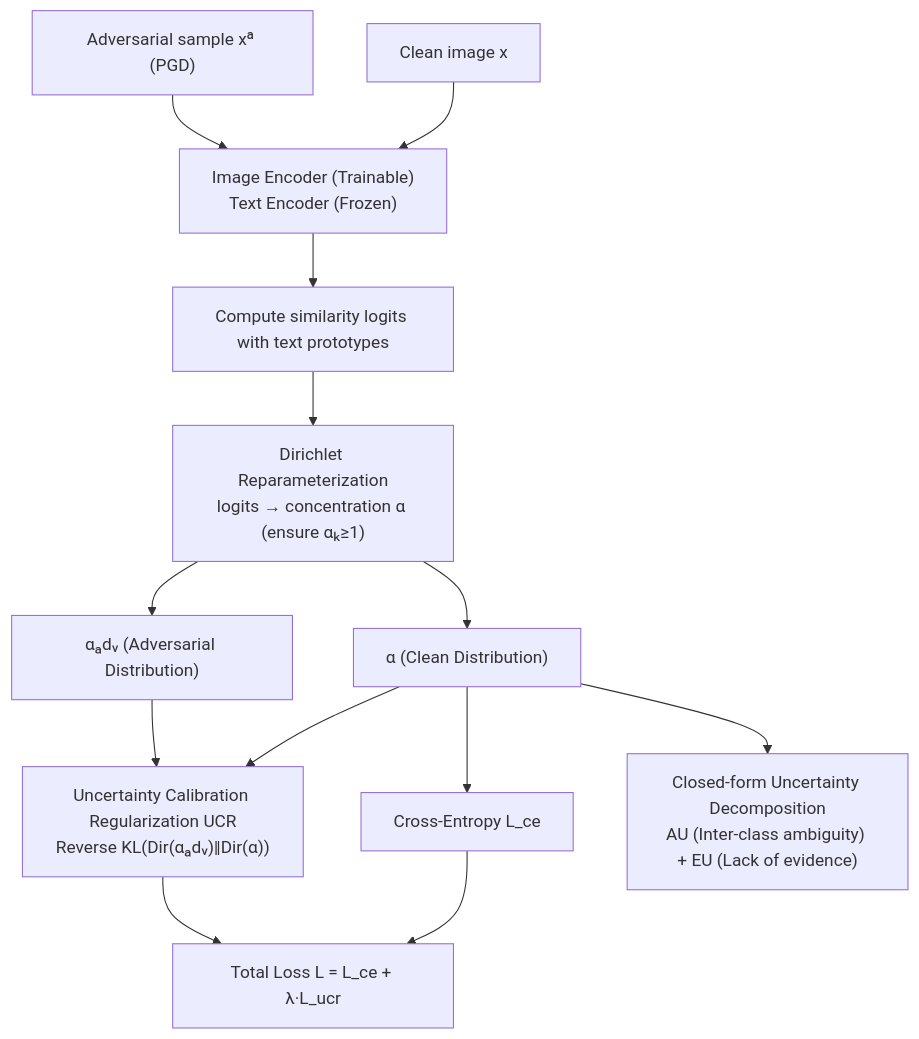
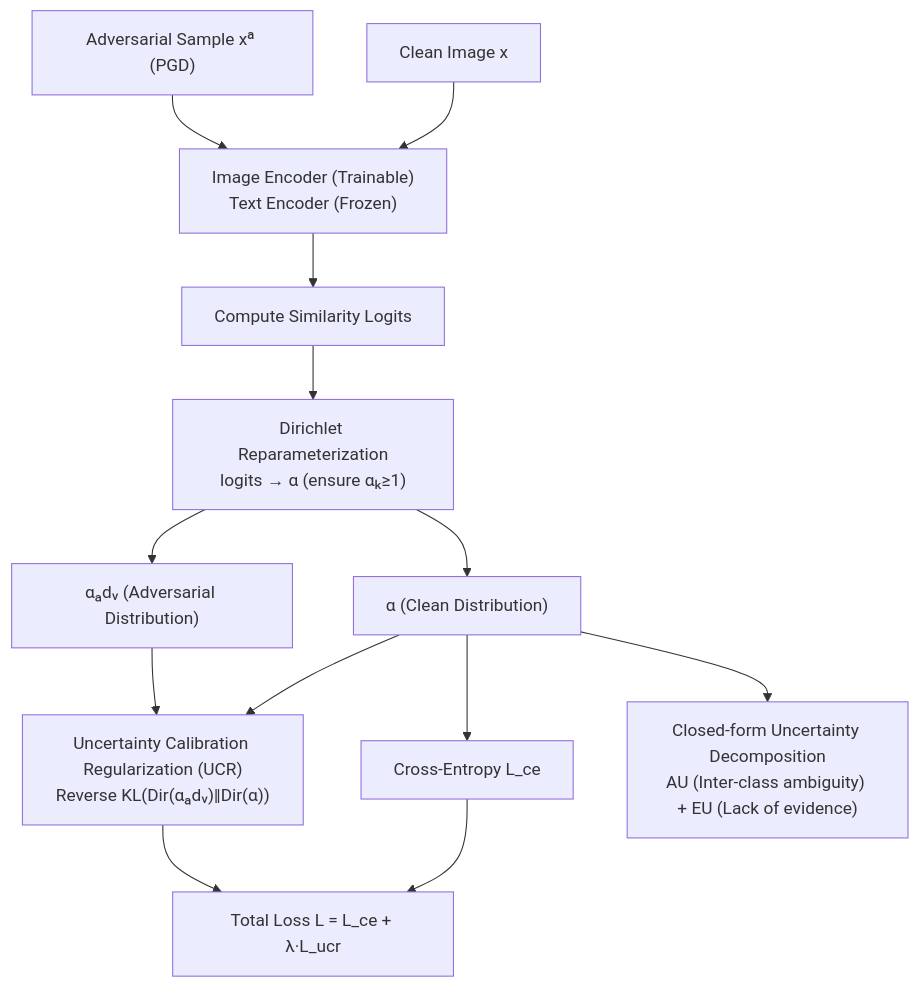
Before and after one commit to zhaoyang97/Paper-Notes-en: the diagram in docs/ICML2026/ai_safety/calibrating_uncertainty_for_zero-shot_adversarial_clip.md, drawn with Mermaid. The commit also changed other lines of this file and 5084 other files, not shown here.

````diff
--- a/docs/ICML2026/ai_safety/calibrating_uncertainty_for_zero-shot_adversarial_clip.md
+++ b/docs/ICML2026/ai_safety/calibrating_uncertainty_for_zero-shot_adversarial_clip.md
@@ -45,15 +45,15 @@
 ```mermaid
 graph TD
-    X["Clean image x"] --> ENC["Image Encoder (Trainable)<br/>Text Encoder (Frozen)"]
-    XA["Adversarial sample xᵃ (PGD)"] --> ENC
-    ENC --> L["Compute similarity logits with text prototypes"]
-    L --> DIR["Dirichlet Reparameterization<br/>logits → concentration α (ensure αₖ≥1)"]
+    X["Clean Image x"] --> ENC["Image Encoder (Trainable)<br/>Text Encoder (Frozen)"]
+    XA["Adversarial Sample xᵃ (PGD)"] --> ENC
+    ENC --> L["Compute Similarity Logits"]
+    L --> DIR["Dirichlet Reparameterization<br/>logits → α (ensure αₖ≥1)"]
     DIR --> AB["α (Clean Distribution)"]
     DIR --> AA["αₐdᵥ (Adversarial Distribution)"]
     AB --> CE["Cross-Entropy L_ce"]
-    AB --> UCR["Uncertainty Calibration Regularization UCR<br/>Reverse KL(Dir(αₐdᵥ)‖Dir(α))"]
+    AB --> UCR["Uncertainty Calibration Regularization (UCR)<br/>Reverse KL(Dir(αₐdᵥ)‖Dir(α))"]
     AA --> UCR
     CE --> LOSS["Total Loss L = L_ce + λ·L_ucr"]
     UCR --> LOSS
     AB --> DEC["Closed-form Uncertainty Decomposition<br/>AU (Inter-class ambiguity) + EU (Lack of evidence)"]
 ```
````
